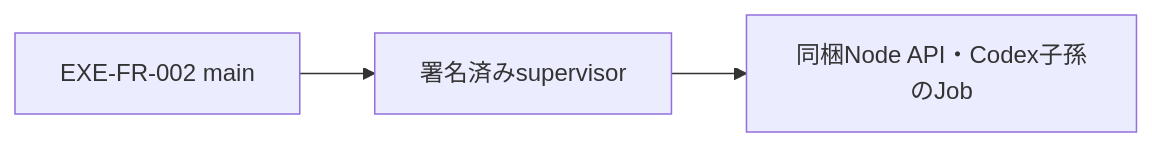
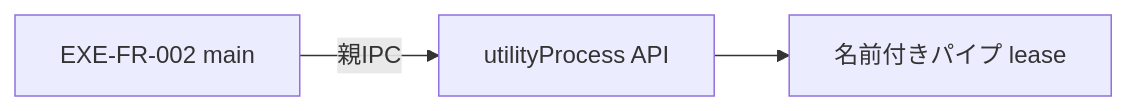
Before and after one commit to itiwoja/DC-Designer: the diagram in docs/adr/ADR-003-desktop-runtime.md, drawn with Mermaid. The commit also changed other lines of this file and 1 other file, not shown here.

````diff
--- a/docs/adr/ADR-003-desktop-runtime.md
+++ b/docs/adr/ADR-003-desktop-runtime.md
@@ -10,4 +10,4 @@
 ```mermaid
 flowchart LR
-  M[EXE-FR-002 main] --> S[署名済みsupervisor] --> N[同梱Node API・Codex子孫のJob]
+  M[EXE-FR-002 main] -->|親IPC| U[utilityProcess API] --> L[名前付きパイプ lease]
 ```
````
